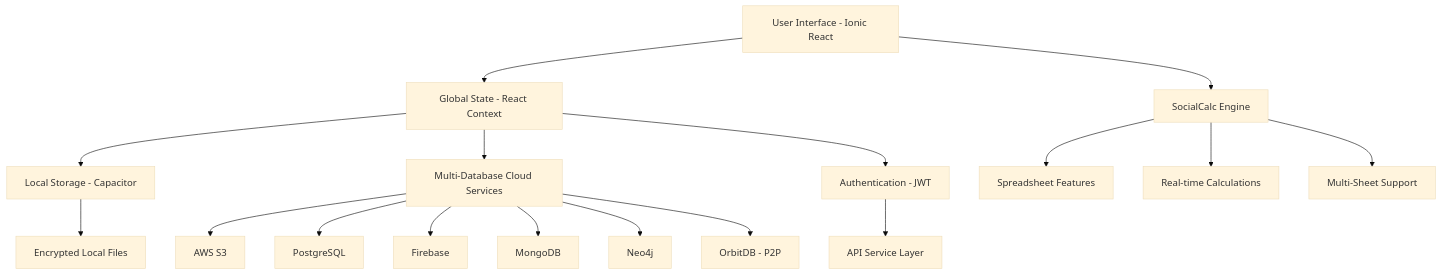
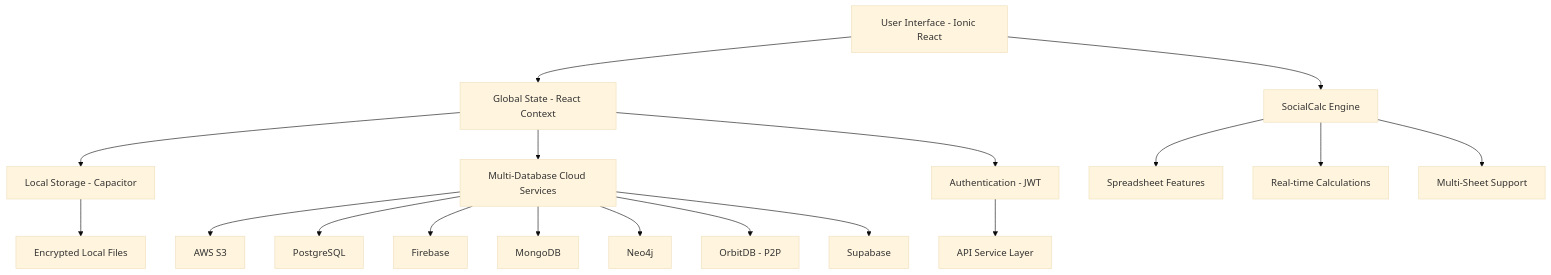
One commit to DhruvArvindSingh/Govt-billing-solution-MVP changed the diagram in README.md. Above: the diagram before and after it, drawn with Mermaid (base theme). The commit also changed other lines of this file and 10 other files, not shown here.

````diff
--- a/README.md
+++ b/README.md
@@ -283,21 +283,22 @@
 ```mermaid
 graph TB
     A[User Interface - Ionic React] --> B[Global State - React Context]
     B --> C[Local Storage - Capacitor]
     B --> D[Multi-Database Cloud Services]
     B --> E[Authentication - JWT]
     
     C --> F[Encrypted Local Files]
     D --> G[AWS S3]
     D --> H[PostgreSQL]
     D --> I[Firebase]
     D --> J[MongoDB]
     D --> K[Neo4j]
     D --> L[OrbitDB - P2P]
-    E --> M[API Service Layer]
+    D --> M1[Supabase]
+    E --> N1[API Service Layer]
     
-    A --> N[SocialCalc Engine]
-    N --> O[Spreadsheet Features]
-    N --> P[Real-time Calculations]
-    N --> Q[Multi-Sheet Support]
+    A --> O1[SocialCalc Engine]
+    O1 --> P1[Spreadsheet Features]
+    O1 --> Q1[Real-time Calculations]
+    O1 --> R1[Multi-Sheet Support]
 ```
````
